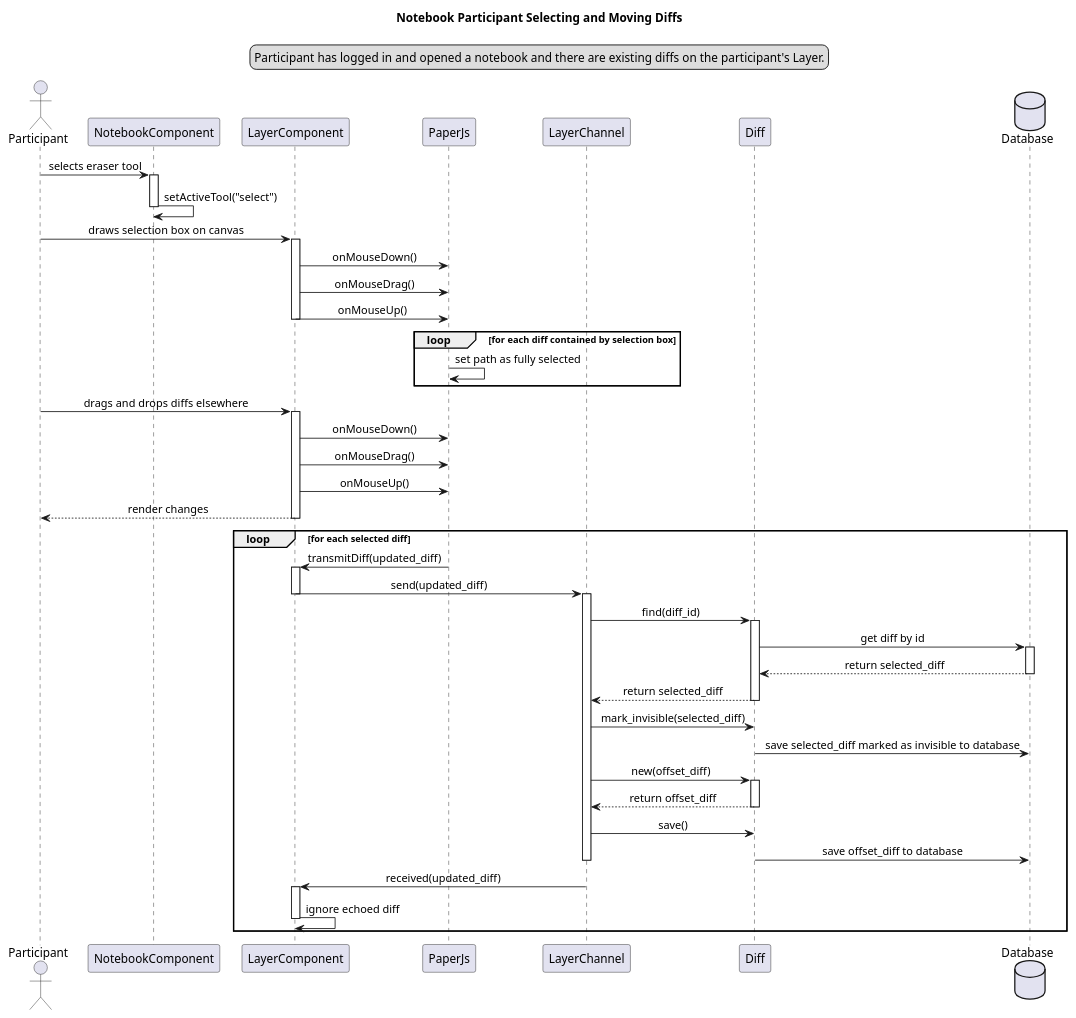
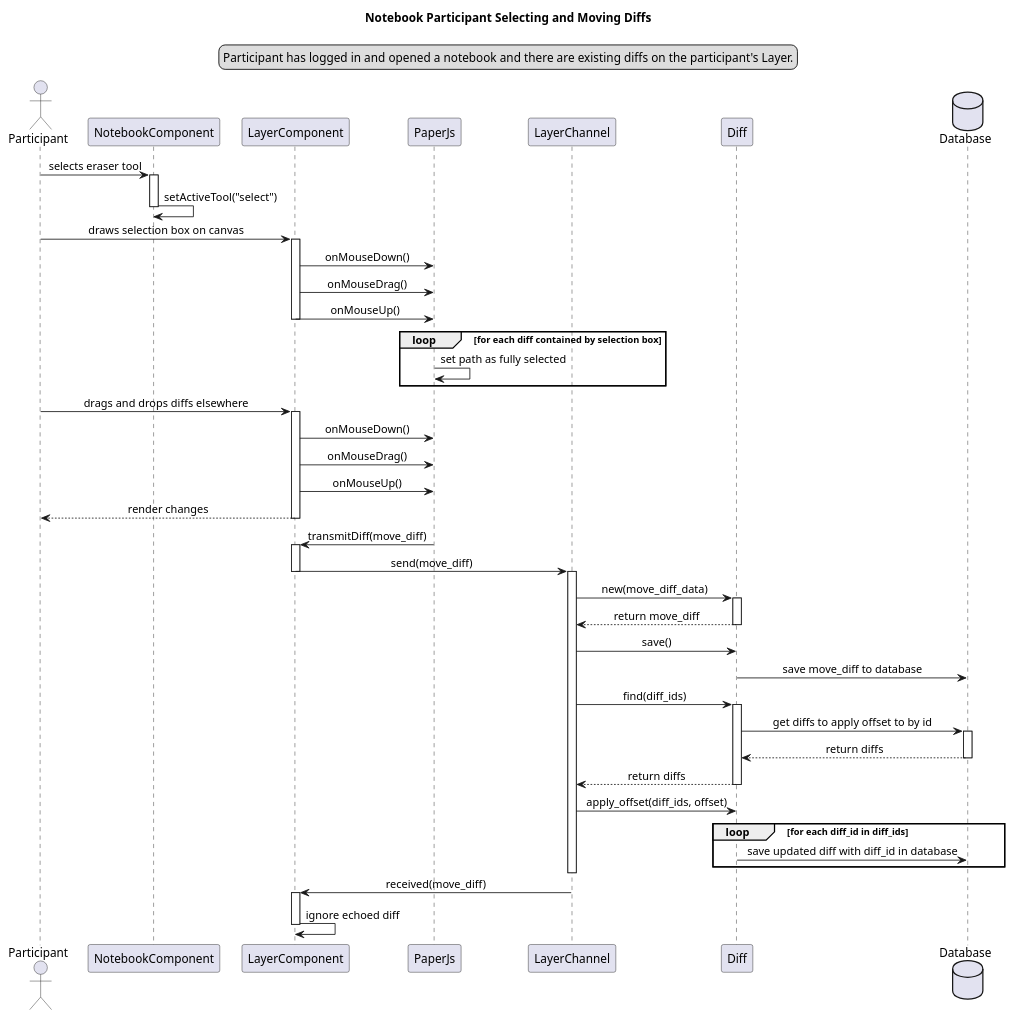
The diagram in docs/preliminary_design/participant_select_and_move_diff_seq.plantuml (calebschoepp/canvasync), drawn with PlantUML before and after one commit. The commit also changed 19 other files, not shown here.

Commit message:
Lotta uml

```diff
--- a/docs/preliminary_design/participant_select_and_move_diff_seq.plantuml
+++ b/docs/preliminary_design/participant_select_and_move_diff_seq.plantuml
@@ -1,70 +1,68 @@
 @startuml Notebook Participant Selecting and Moving
 title Notebook Participant Selecting and Moving Diffs
 skinparam sequenceMessageAlign center
 legend top
 Participant has logged in and opened a notebook and there are existing diffs on the participant's Layer.
 endlegend
 
 actor Participant as partic
 participant NotebookComponent as nc
 participant LayerComponent as lc
 participant PaperJs as pjs
 participant LayerChannel as lch
 participant Diff as d
 database Database as db
 
 partic -> nc : selects eraser tool
 activate nc
 nc -> nc : setActiveTool("select")
 deactivate nc
 partic -> lc : draws selection box on canvas
 activate lc
 lc -> pjs : onMouseDown()
 lc -> pjs : onMouseDrag()
 lc -> pjs : onMouseUp()
 deactivate lc
 loop for each diff contained by selection box
   pjs -> pjs : set path as fully selected
 end
 
 partic -> lc : drags and drops diffs elsewhere
 activate lc
 lc -> pjs : onMouseDown()
 lc -> pjs : onMouseDrag()
 lc -> pjs : onMouseUp()
 lc --> partic : render changes
 deactivate lc
 
-loop for each selected diff
-  pjs -> lc : transmitDiff(updated_diff)
-  activate lc
-  lc -> lch : send(updated_diff)
-  deactivate lc
-  activate lch
-  lch -> d : find(diff_id)
-  activate d
-  d -> db : get diff by id
-  activate db
-  db --> d : return selected_diff
-  deactivate db
-  d --> lch : return selected_diff
-  deactivate d
-  lch -> d : mark_invisible(selected_diff)
-  d -> db : save selected_diff marked as invisible to database
-
-
-  lch -> d : new(offset_diff)
-  activate d
-  d --> lch : return offset_diff
-  deactivate d
-  lch -> d : save()
-  d -> db : save offset_diff to database
-
-  deactivate lch
-  lch -> lc : received(updated_diff)
-  activate lc
-  lc -> lc : ignore echoed diff
-  deactivate lc
+pjs -> lc : transmitDiff(move_diff)
+activate lc
+lc -> lch : send(move_diff)
+deactivate lc
+activate lch
+lch -> d : new(move_diff_data)
+activate d
+d --> lch : return move_diff
+deactivate d
+lch -> d : save()
+d -> db : save move_diff to database
+lch -> d : find(diff_ids)
+activate d
+d -> db : get diffs to apply offset to by id
+activate db
+db --> d : return diffs
+deactivate db
+d --> lch : return diffs
+deactivate d
+lch -> d : apply_offset(diff_ids, offset)
+loop for each diff_id in diff_ids
+  d -> db : save updated diff with diff_id in database
 end
 
+deactivate lch
+lch -> lc : received(move_diff)
+activate lc
+lc -> lc : ignore echoed diff
+deactivate lc
+
 @enduml
```
